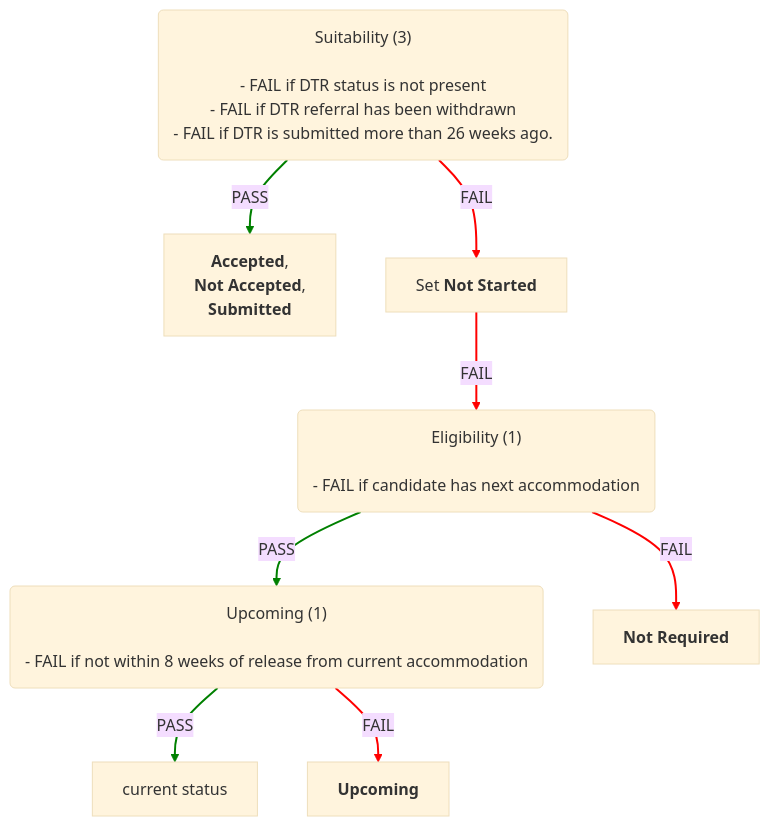
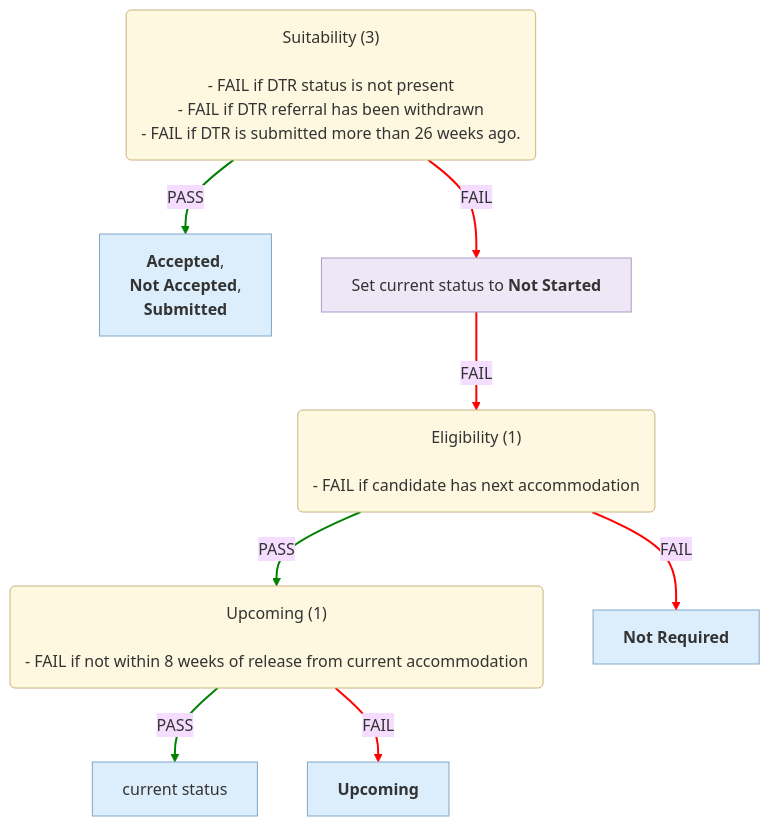
Before and after one commit to uk-gov-mirror/ministryofjustice.hmpps-single-accommodation-service-api: the fifth of 6 diagrams in docs/eligibility-rules-graph.md, drawn with Mermaid (base theme). The commit also changed other lines of this file and 5 other files, not shown here.

Commit message:
chore/SAS-1532-Use-UI-statuses-in-graph-instead-of-enums

````diff
--- a/docs/eligibility-rules-graph.md
+++ b/docs/eligibility-rules-graph.md
@@ -515,31 +539,37 @@
 ```mermaid
 %%{init: {"flowchart": {"wrappingWidth": 800}}}%%
 flowchart TD
   Suitability("Suitability (3)
 
 - FAIL if DTR status is not present
 - FAIL if DTR referral has been withdrawn
 - FAIL if DTR is submitted more than 26 weeks ago.")
   updater_Accepted___Not_Accepted___Submitted["<b>Accepted</b>,
  <b>Not Accepted</b>,
  <b>Submitted</b>"]
-  updater_Set_Not_Started["Set <b>Not Started</b>"]
+  updater_Set_current_status_to_Not_Started["Set current status to <b>Not Started</b>"]
   Eligibility("Eligibility (1)
 
 - FAIL if candidate has next accommodation")
   Upcoming("Upcoming (1)
 
 - FAIL if not within 8 weeks of release from current accommodation")
   current_status["current status"]
   updater_Upcoming["<b>Upcoming</b>"]
   Not_Required["<b>Not Required</b>"]
   Suitability -->|PASS| updater_Accepted___Not_Accepted___Submitted
-  Suitability -->|FAIL| updater_Set_Not_Started
+  Suitability -->|FAIL| updater_Set_current_status_to_Not_Started
   Upcoming -->|PASS| current_status
   Upcoming -->|FAIL| updater_Upcoming
   Eligibility -->|PASS| Upcoming
   Eligibility -->|FAIL| Not_Required
-  updater_Set_Not_Started -->|FAIL| Eligibility
+  updater_Set_current_status_to_Not_Started -->|FAIL| Eligibility
   linkStyle 0,2,4 stroke:green,stroke-width:2px
   linkStyle 1,3,5,6 stroke:red,stroke-width:2px
+  classDef ruleSetNode fill:#FFF8E1,stroke:#C9B37E,color:#333
+  classDef outcomeNode fill:#DCEEFB,stroke:#7FA7C9,color:#333
+  classDef updaterNode fill:#EDE7F6,stroke:#A99BC9,color:#333
+  class Suitability,Eligibility,Upcoming ruleSetNode
+  class updater_Accepted___Not_Accepted___Submitted,current_status,updater_Upcoming,Not_Required outcomeNode
+  class updater_Set_current_status_to_Not_Started updaterNode
 ```
````
